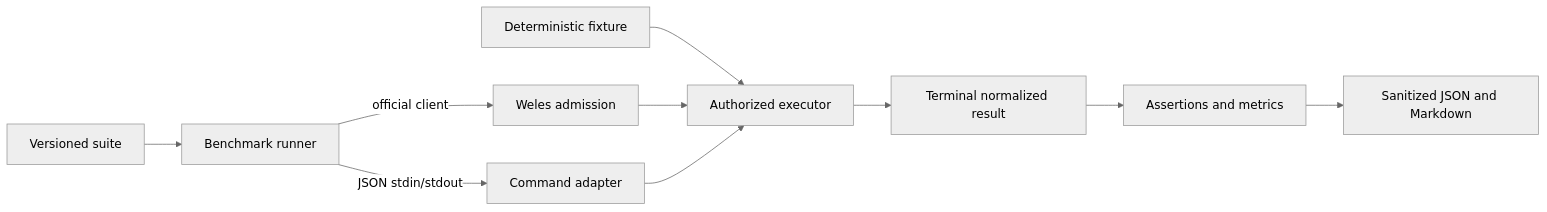
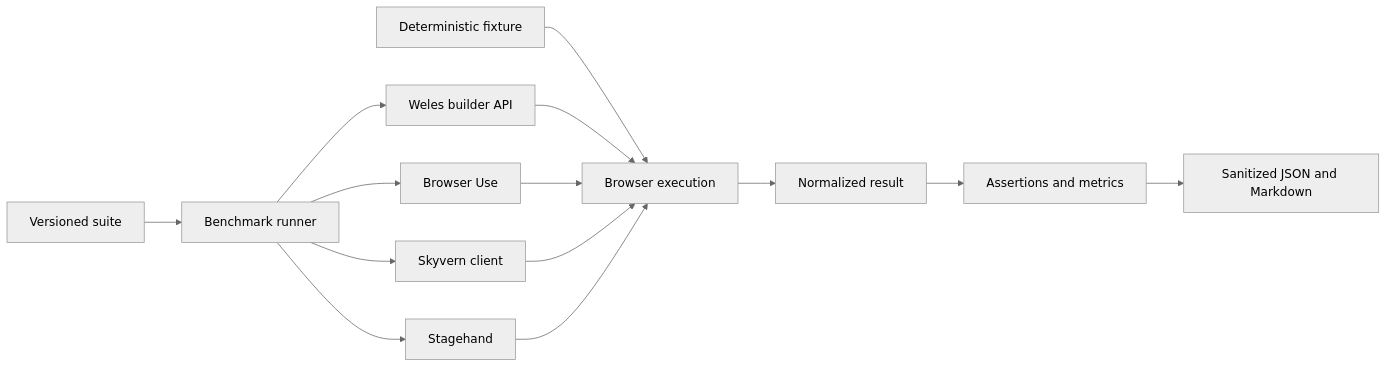
Before and after one commit to wisent-ai/weles-benchmark: the diagram in README.md, drawn with Mermaid (neutral theme). The commit also changed other lines of this file and 16 other files, not shown here.

````diff
--- a/README.md
+++ b/README.md
@@ -30,12 +29,16 @@
 ```mermaid
 flowchart LR
   suite[Versioned suite] --> runner[Benchmark runner]
-  fixture[Deterministic fixture] --> executor
-  runner -->|official client| weles[Weles admission]
-  runner -->|JSON stdin/stdout| command[Command adapter]
-  weles --> executor[Authorized executor]
-  command --> executor
-  executor --> normalized[Terminal normalized result]
+  fixture[Deterministic fixture] --> agents
+  runner --> weles[Weles builder API]
+  runner --> bu[Browser Use]
+  runner --> skyvern[Skyvern client]
+  runner --> stagehand[Stagehand]
+  weles --> agents[Browser execution]
+  bu --> agents
+  skyvern --> agents
+  stagehand --> agents
+  agents --> normalized[Normalized result]
   normalized --> assertions[Assertions and metrics]
   assertions --> artifacts[Sanitized JSON and Markdown]
 ```
````
